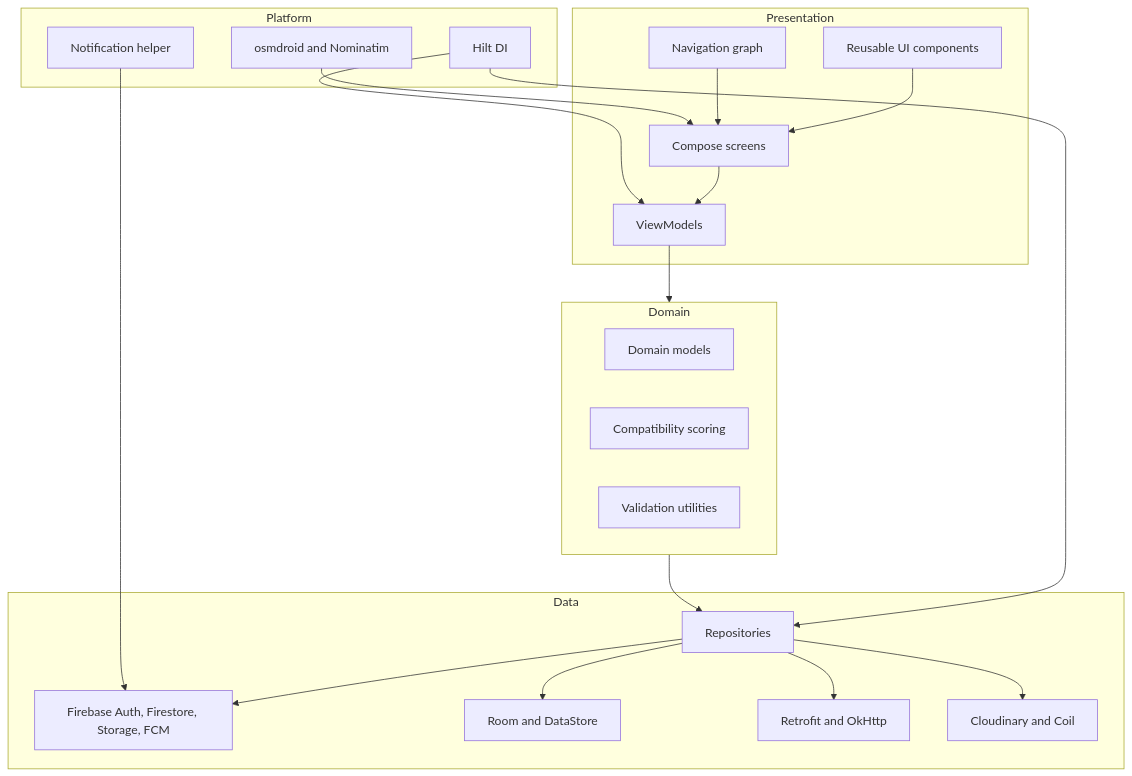
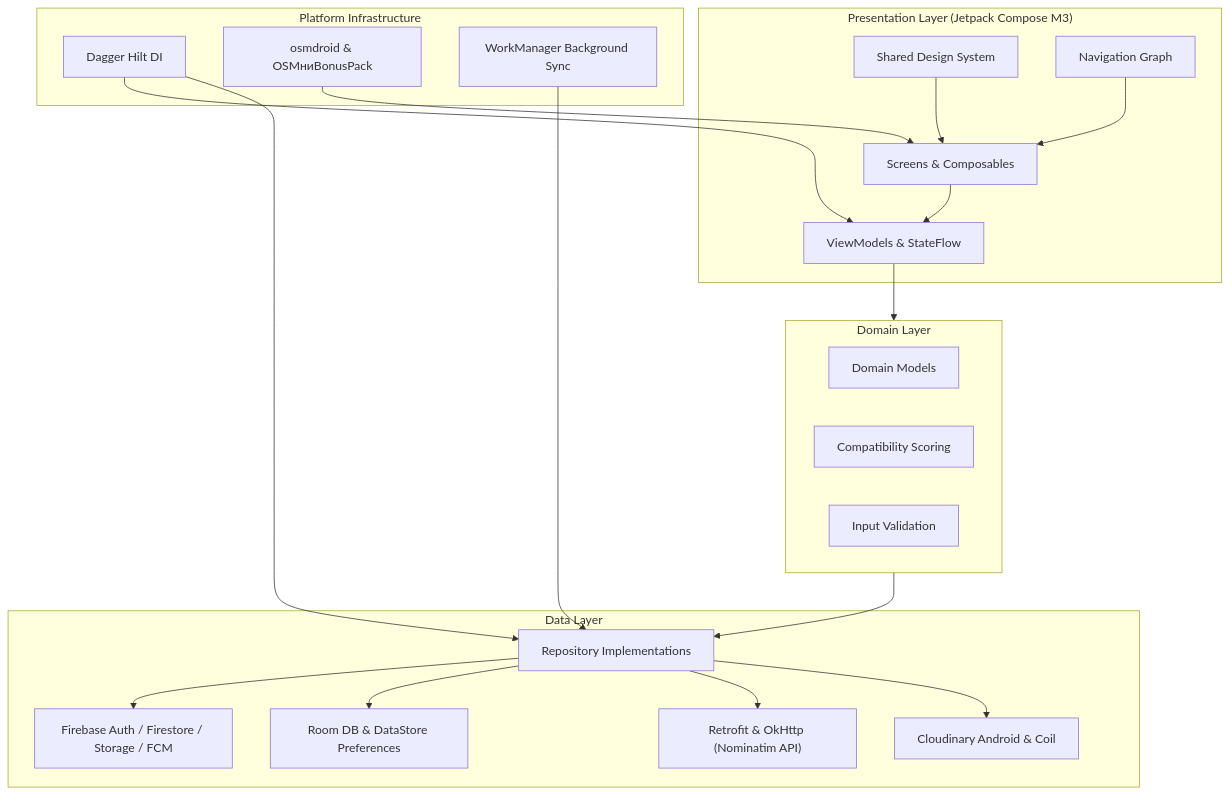
Before and after one commit to toxicbishop/Stay-Buddy: the second of 2 diagrams in README.md, drawn with Mermaid. The commit also changed other lines of this file and 1 other file, not shown here.

````diff
--- a/README.md
+++ b/README.md
@@ -153,43 +190,43 @@
 ```mermaid
 flowchart TB
-    subgraph Presentation["Presentation"]
-        Screens["Compose screens"]
-        Components["Reusable UI components"]
-        Navigation["Navigation graph"]
-        ViewModels["ViewModels"]
+    subgraph Presentation["Presentation Layer (Jetpack Compose M3)"]
+        Screens["Screens & Composables"]
+        Components["Shared Design System"]
+        Navigation["Navigation Graph"]
+        ViewModels["ViewModels & StateFlow"]
     end
 
-    subgraph Domain["Domain"]
-        Models["Domain models"]
-        Matching["Compatibility scoring"]
-        Validation["Validation utilities"]
+    subgraph Domain["Domain Layer"]
+        Models["Domain Models"]
+        Matching["Compatibility Scoring"]
+        Validation["Input Validation"]
     end
 
-    subgraph Data["Data"]
-        Repositories["Repositories"]
-        Firebase["Firebase Auth, Firestore, Storage, FCM"]
-        Local["Room and DataStore"]
-        Network["Retrofit and OkHttp"]
-        Media["Cloudinary and Coil"]
+    subgraph Data["Data Layer"]
+        Repositories["Repository Implementations"]
+        Firebase["Firebase Auth / Firestore / Storage / FCM"]
+        Local["Room DB & DataStore Preferences"]
+        Network["Retrofit & OkHttp (Nominatim API)"]
+        Media["Cloudinary Android & Coil"]
     end
 
-    subgraph Platform["Platform"]
-        Hilt["Hilt DI"]
-        Maps["osmdroid and Nominatim"]
-        Notifications["Notification helper"]
+    subgraph Platform["Platform Infrastructure"]
+        Hilt["Dagger Hilt DI"]
+        Maps["osmdroid & OSMниBonusPack"]
+        Work["WorkManager Background Sync"]
     end
 
     Screens --> ViewModels
     Components --> Screens
     Navigation --> Screens
     ViewModels --> Domain
     Domain --> Repositories
     Repositories --> Firebase
     Repositories --> Local
     Repositories --> Network
     Repositories --> Media
     Hilt --> ViewModels
     Hilt --> Repositories
     Maps --> Screens
-    Notifications --> Firebase
+    Work --> Repositories
 ```
````
